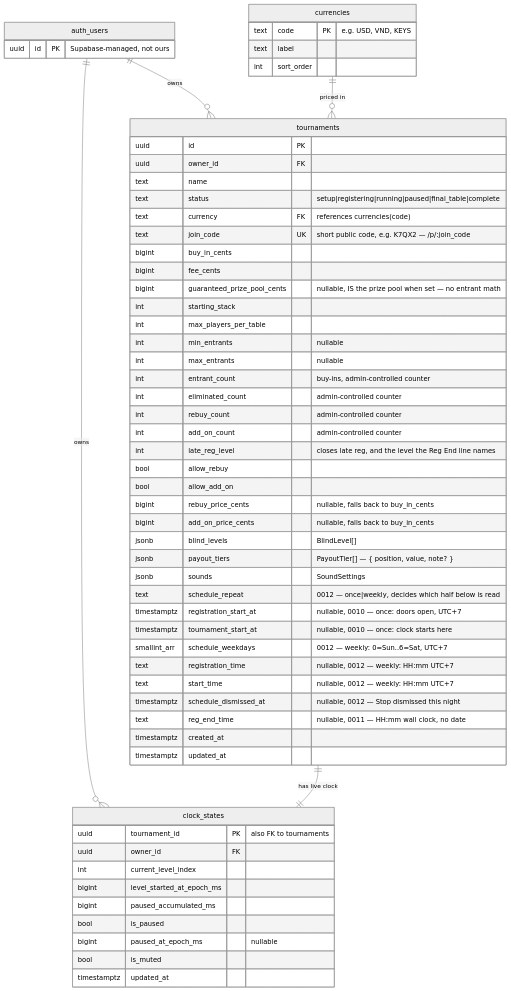
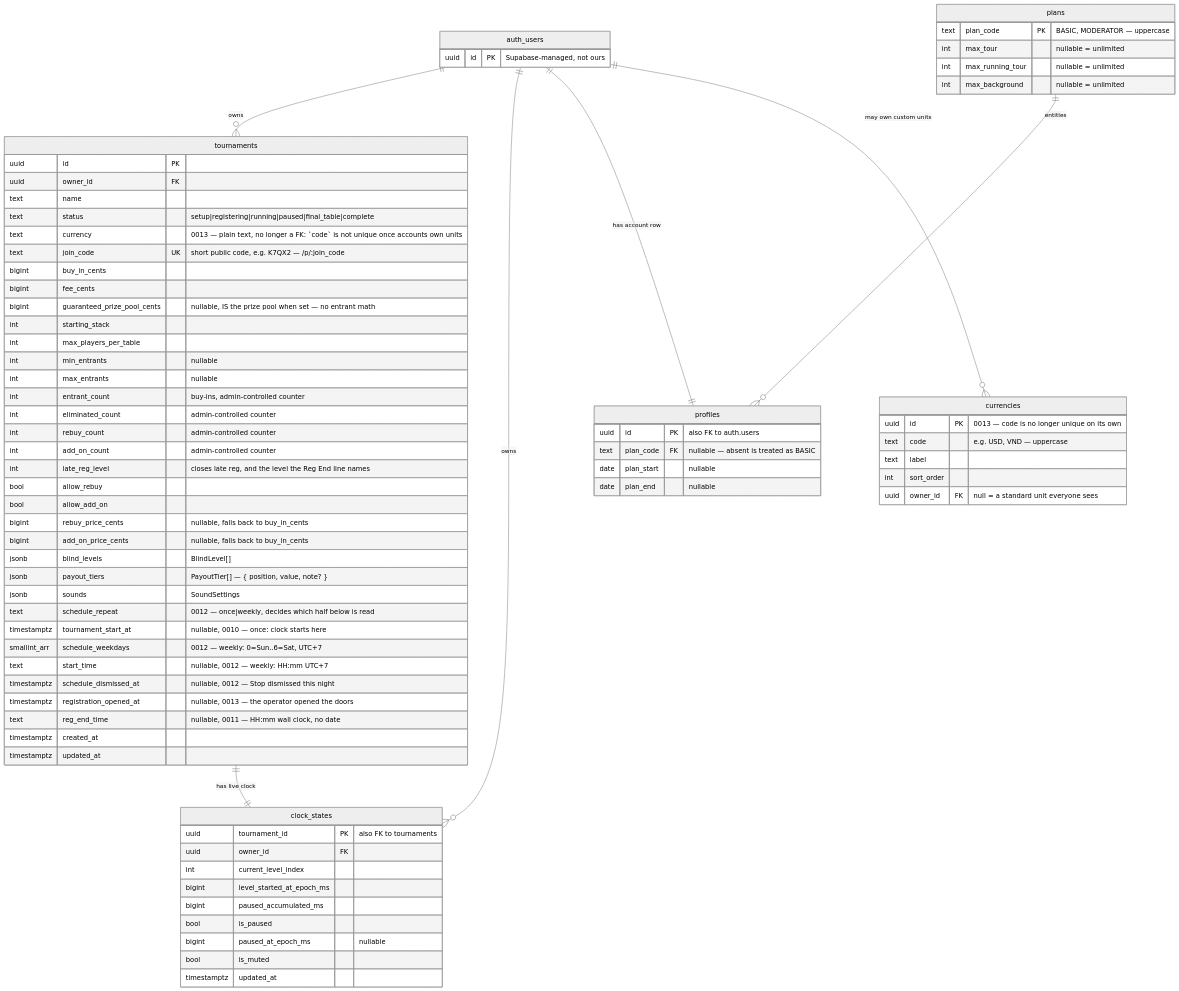
One commit to gaubacuc56/poker-clock changed the diagram in supabase/SCHEMA.md. Above: the diagram before and after it, drawn with Mermaid (neutral theme). The commit also changed other lines of this file and 62 other files, not shown here.

```diff
--- a/supabase/SCHEMA.md
+++ b/supabase/SCHEMA.md
@@ -6,17 +6,35 @@
 erDiagram
     auth_users ||--o{ tournaments  : owns
     auth_users ||--o{ clock_states : owns
+    auth_users ||--|| profiles     : "has account row"
+    auth_users ||--o{ currencies   : "may own custom units"
+    plans       ||--o{ profiles    : "entitles"
     tournaments ||--|| clock_states : "has live clock"
-    currencies  ||--o{ tournaments : "priced in"
 
     auth_users {
         uuid id PK "Supabase-managed, not ours"
     }
 
+    plans {
+        text plan_code PK "BASIC, MODERATOR — uppercase"
+        int max_tour "nullable = unlimited"
+        int max_running_tour "nullable = unlimited"
+        int max_background "nullable = unlimited"
+    }
+
+    profiles {
+        uuid id PK "also FK to auth.users"
+        text plan_code FK "nullable — absent is treated as BASIC"
+        date plan_start "nullable"
+        date plan_end "nullable"
+    }
+
     currencies {
-        text code PK "e.g. USD, VND, KEYS"
+        uuid id PK "0013 — code is no longer unique on its own"
+        text code "e.g. USD, VND — uppercase"
         text label
         int sort_order
+        uuid owner_id FK "null = a standard unit everyone sees"
     }
 
     tournaments {
@@ -24,7 +42,7 @@
         uuid owner_id FK
         text name
         text status "setup|registering|running|paused|final_table|complete"
-        text currency FK "references currencies(code)"
+        text currency "0013 — plain text, no longer a FK: `code` is not unique once accounts own units"
         text join_code UK "short public code, e.g. K7QX2 — /p/:join_code"
         bigint buy_in_cents
         bigint fee_cents
@@ -46,12 +64,11 @@
         jsonb payout_tiers "PayoutTier[] — { position, value, note? }"
         jsonb sounds "SoundSettings"
         text schedule_repeat "0012 — once|weekly, decides which half below is read"
-        timestamptz registration_start_at "nullable, 0010 — once: doors open, UTC+7"
         timestamptz tournament_start_at "nullable, 0010 — once: clock starts here"
         smallint_arr schedule_weekdays "0012 — weekly: 0=Sun..6=Sat, UTC+7"
-        text registration_time "nullable, 0012 — weekly: HH:mm UTC+7"
         text start_time "nullable, 0012 — weekly: HH:mm UTC+7"
         timestamptz schedule_dismissed_at "nullable, 0012 — Stop dismissed this night"
+        timestamptz registration_opened_at "nullable, 0013 — the operator opened the doors"
         text reg_end_time "nullable, 0011 — HH:mm wall clock, no date"
         timestamptz created_at
         timestamptz updated_at
```
